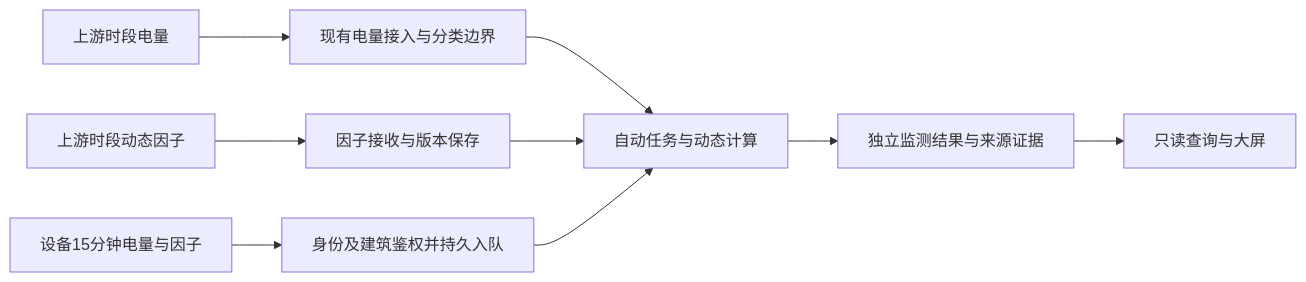
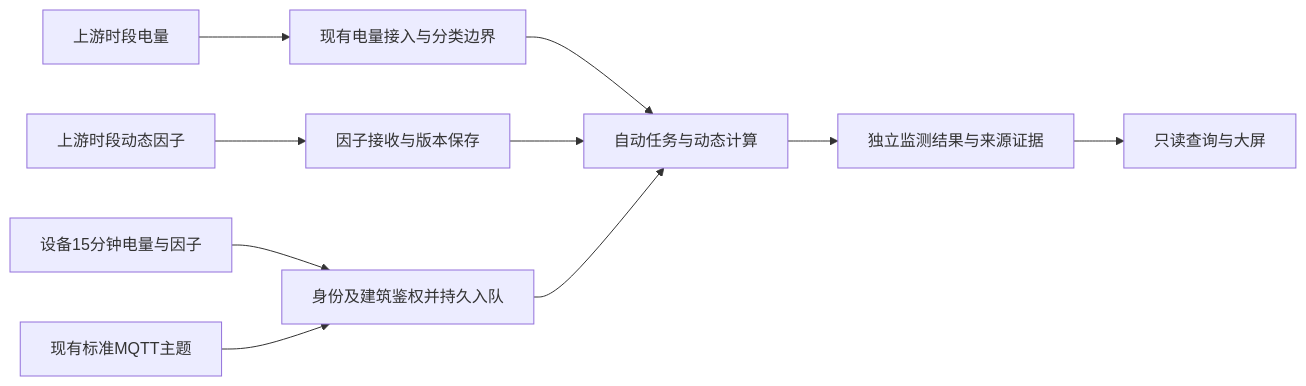
Before and after one commit to edg127117/building-energy-carbon-platform: the diagram in docs/development/dynamic-electricity-monitoring.md, drawn with Mermaid. The commit also changed other lines of this file and 15 other files, not shown here.

````diff
--- a/docs/development/dynamic-electricity-monitoring.md
+++ b/docs/development/dynamic-electricity-monitoring.md
@@ -5,11 +5,12 @@
 ```mermaid
 flowchart LR
     A[上游时段电量] --> B[现有电量接入与分类边界]
     F[上游时段动态因子] --> G[因子接收与版本保存]
     B --> C[自动任务与动态计算]
     G --> C
     H[设备15分钟电量与因子] --> I[身份及建筑鉴权并持久入队]
     I --> C
+    M[现有标准MQTT主题] --> I
     C --> D[独立监测结果与来源证据]
     D --> E[只读查询与大屏]
 ```
````
